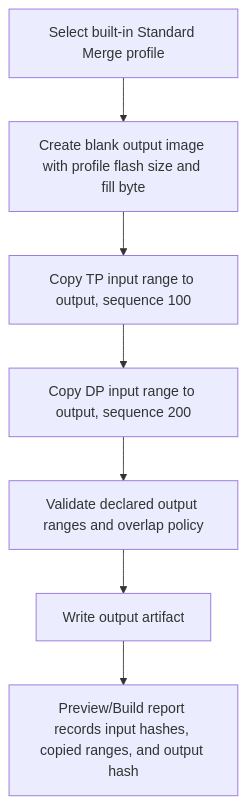
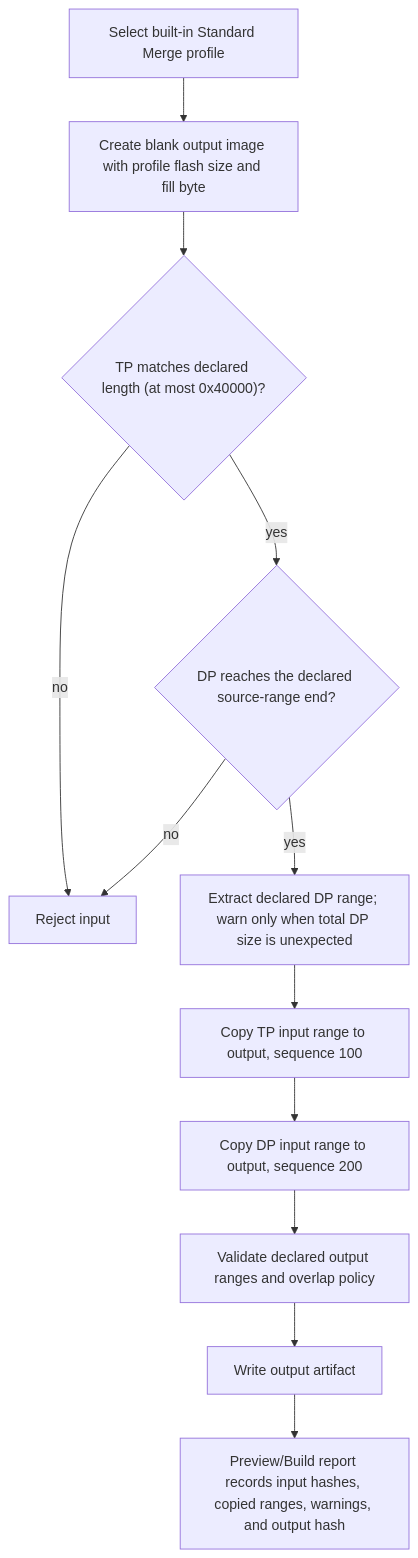
One commit to Dennis40816/nvt_fw_combiner changed the first of 12 diagrams in docs/architecture/ic-workflow-flowcharts.md. Above: the diagram before and after it, drawn with Mermaid. The commit also changed other lines of this file and 61 other files, not shown here.

````diff
--- a/docs/architecture/ic-workflow-flowcharts.md
+++ b/docs/architecture/ic-workflow-flowcharts.md
@@ -51,9 +55,14 @@
 ```mermaid
 flowchart TD
     A["Select built-in Standard Merge profile"] --> B["Create blank output image with profile flash size and fill byte"]
-    B --> C["Copy TP input range to output, sequence 100"]
-    C --> D["Copy DP input range to output, sequence 200"]
-    D --> E["Validate declared output ranges and overlap policy"]
-    E --> F["Write output artifact"]
-    F --> G["Preview/Build report records input hashes, copied ranges, and output hash"]
+    B --> C{"TP matches declared length (at most 0x40000)?"}
+    C -- "no" --> D["Reject input"]
+    C -- "yes" --> E{"DP reaches the declared source-range end?"}
+    E -- "no" --> D
+    E -- "yes" --> F["Extract declared DP range; warn only when total DP size is unexpected"]
+    F --> G["Copy TP input range to output, sequence 100"]
+    G --> H["Copy DP input range to output, sequence 200"]
+    H --> I["Validate declared output ranges and overlap policy"]
+    I --> J["Write output artifact"]
+    J --> K["Preview/Build report records input hashes, copied ranges, warnings, and output hash"]
 ```
````
